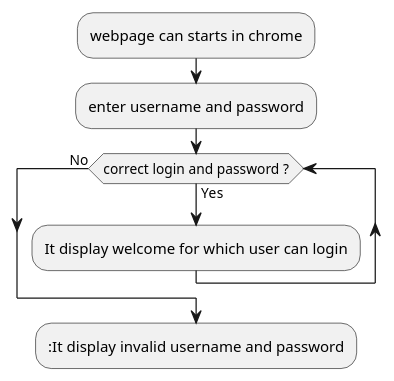
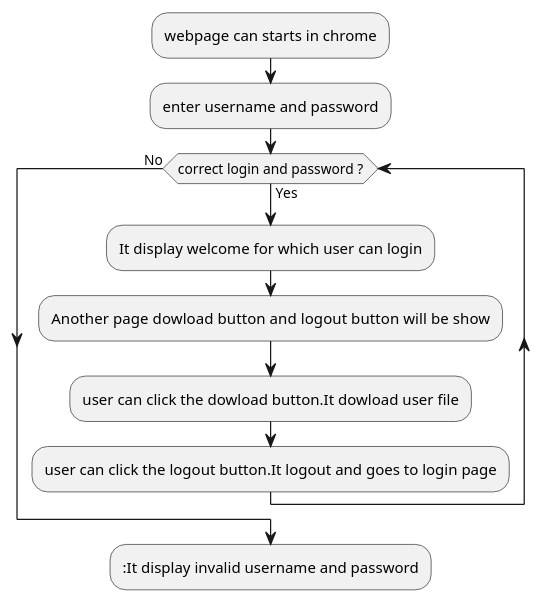
One commit to AthiMCCI/loginform changed the diagram in assets/loginform.plantuml. Above: the diagram before and after it, drawn with PlantUML. The commit also changed 9 other files, not shown here.

```diff
--- a/assets/loginform.plantuml
+++ b/assets/loginform.plantuml
@@ -1,8 +1,11 @@
 @startuml loginform
 :webpage can starts in chrome;
 :enter username and password;
 while (correct login and password ?) is (Yes)
   :It display welcome for which user can login;
+  :Another page dowload button  and logout button will be show;
+  :user can click the dowload button.It dowload user file;
+  :user can click the logout button.It logout and goes to login page;
 endwhile (No)
 ::It display invalid username and password;
 @enduml
```
